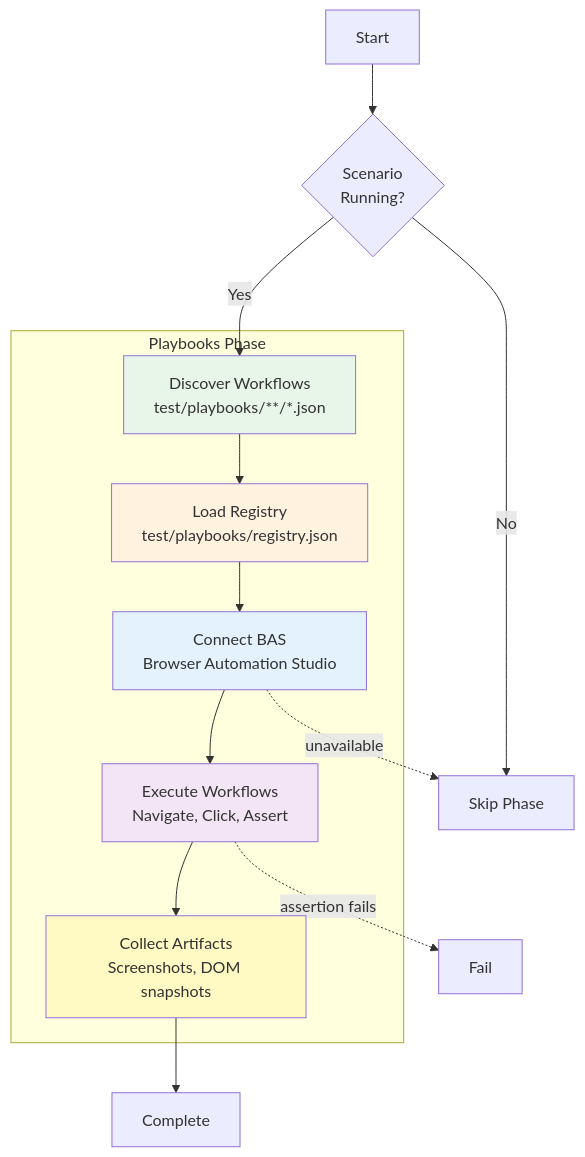
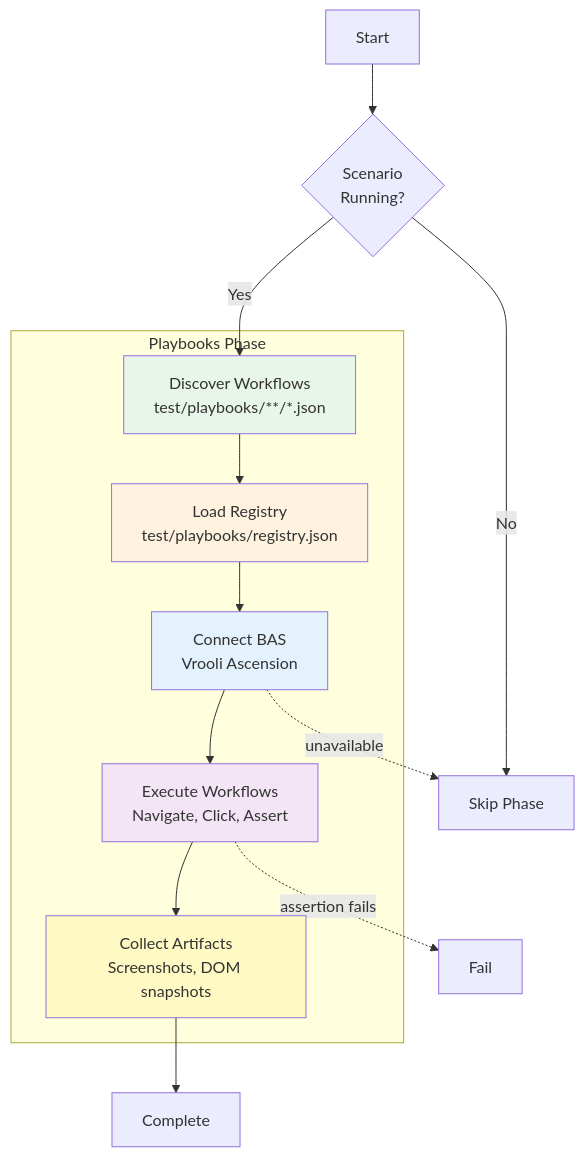
One commit to Vrooli/Vrooli changed the diagram in scenarios/test-genie/docs/phases/playbooks/README.md. Above: the diagram before and after it, drawn with Mermaid. The commit also changed other lines of this file and 247 other files, not shown here.

````diff
--- a/scenarios/test-genie/docs/phases/playbooks/README.md
+++ b/scenarios/test-genie/docs/phases/playbooks/README.md
@@ -12,29 +12,29 @@
 ```mermaid
 graph TB
     subgraph "Playbooks Phase"
         DISCOVER[Discover Workflows<br/>test/playbooks/**/*.json]
         REGISTRY[Load Registry<br/>test/playbooks/registry.json]
-        BAS[Connect BAS<br/>Browser Automation Studio]
+        BAS[Connect BAS<br/>Vrooli Ascension]
         EXECUTE[Execute Workflows<br/>Navigate, Click, Assert]
         ARTIFACTS[Collect Artifacts<br/>Screenshots, DOM snapshots]
     end
 
     START[Start] --> RUNTIME{Scenario<br/>Running?}
     RUNTIME -->|Yes| DISCOVER
     RUNTIME -->|No| SKIP[Skip Phase]
 
     DISCOVER --> REGISTRY
     REGISTRY --> BAS
     BAS --> EXECUTE
     EXECUTE --> ARTIFACTS
     ARTIFACTS --> DONE[Complete]
 
     EXECUTE -.->|assertion fails| FAIL[Fail]
     BAS -.->|unavailable| SKIP
 
     style DISCOVER fill:#e8f5e9
     style REGISTRY fill:#fff3e0
     style BAS fill:#e3f2fd
     style EXECUTE fill:#f3e5f5
     style ARTIFACTS fill:#fff9c4
 ```
````
